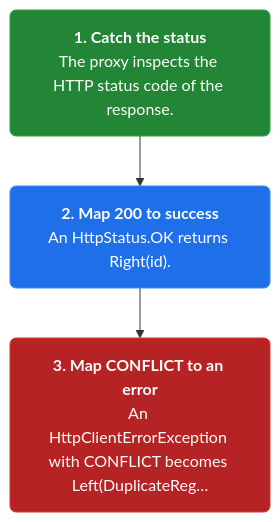
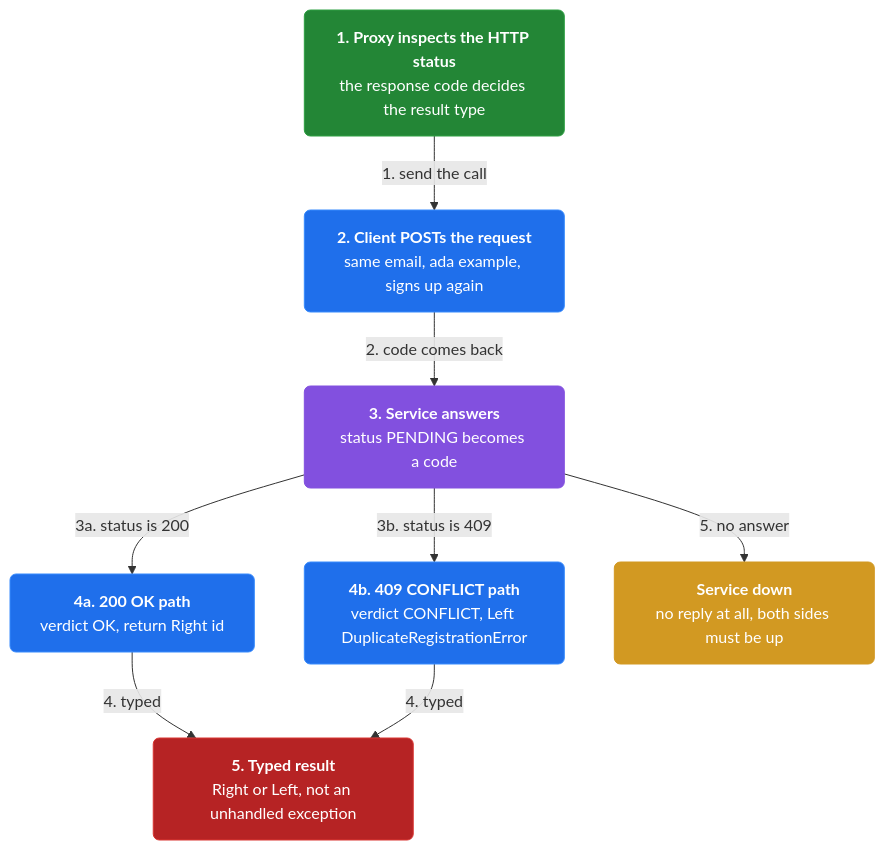
Before and after one commit to vinayakuber/microservices-io-study-guide: the second of 4 diagrams in docs/ch06-remote-procedure-invocation.md, drawn with Mermaid. The commit also changed other lines of this file and 46 other files, not shown here.

First line of the commit message:
Author rich branching flow diagrams for all 44 chapters

````diff
--- a/docs/ch06-remote-procedure-invocation.md
+++ b/docs/ch06-remote-procedure-invocation.md
@@ -53,11 +71,22 @@
 ```mermaid
 flowchart TD
-  classDef step fill:#1f6feb,color:#ffffff,stroke:#388bfd,stroke-width:1px,rx:6
+  classDef step fill:#1f6feb,color:#ffffff,stroke:#388bfd,rx:6
+  classDef core fill:#8250df,color:#ffffff,stroke:#8250df,rx:6
+  classDef warn fill:#d29922,color:#ffffff,stroke:#d29922,rx:6
   classDef start fill:#238636,color:#ffffff,stroke:#2ea043,rx:6
   classDef stop fill:#b62324,color:#ffffff,stroke:#da3633,rx:6
-  s1n0["<b>1. Catch the status</b><br/>The proxy inspects the HTTP status code of the response."]:::start
-  s1n1["<b>2. Map 200 to success</b><br/>An HttpStatus.OK returns Right(id)."]:::step
-  s1n2["<b>3. Map CONFLICT to an error</b><br/>An HttpClientErrorException with CONFLICT becomes Left(DuplicateReg…"]:::stop
-  s1n0 --> s1n1
-  s1n1 --> s1n2
+  n0["<b>1. Proxy inspects the HTTP status</b><br/>the response code decides the result type"]:::start
+  n1["<b>2. Client POSTs the request</b><br/>same email, ada example, signs up again"]:::step
+  n2["<b>3. Service answers</b><br/>status PENDING becomes a code"]:::core
+  n3["<b>4a. 200 OK path</b><br/>verdict OK, return Right id"]:::step
+  n4["<b>4b. 409 CONFLICT path</b><br/>verdict CONFLICT, Left DuplicateRegistrationError"]:::step
+  n5["<b>5. Typed result</b><br/>Right or Left, not an unhandled exception"]:::stop
+  n6["<b>Service down</b><br/>no reply at all, both sides must be up"]:::warn
+  n0 -->|"1. send the call"| n1
+  n1 -->|"2. code comes back"| n2
+  n2 -->|"3a. status is 200"| n3
+  n2 -->|"3b. status is 409"| n4
+  n3 -->|"4. typed"| n5
+  n4 -->|"4. typed"| n5
+  n2 -->|"5. no answer"| n6
 ```
````
